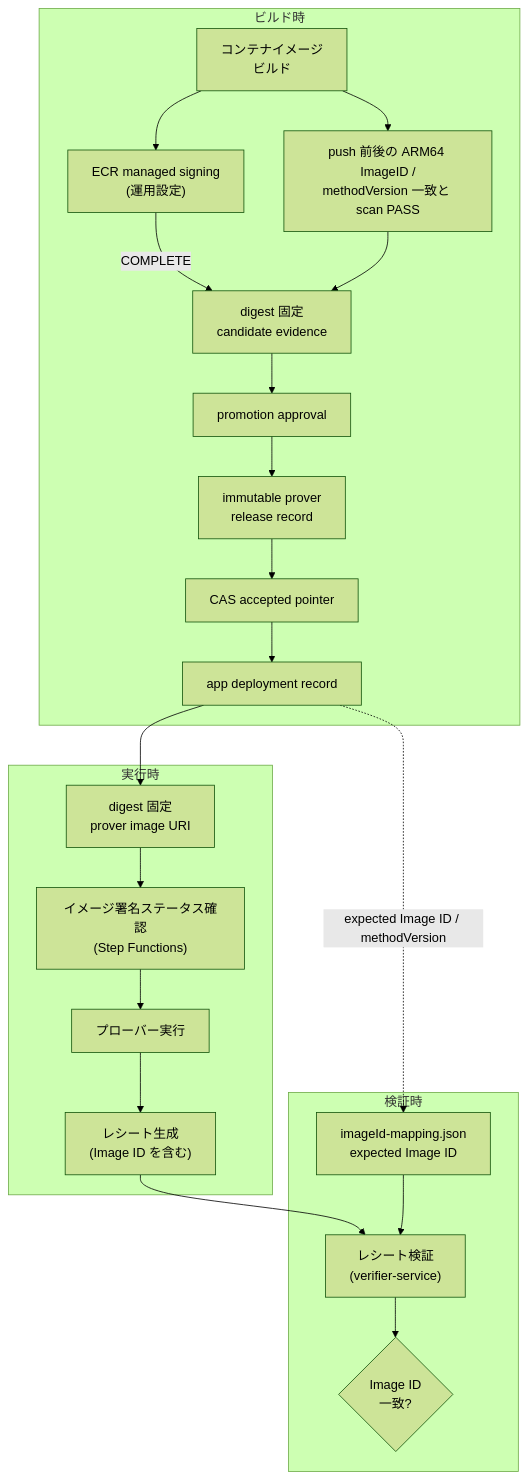
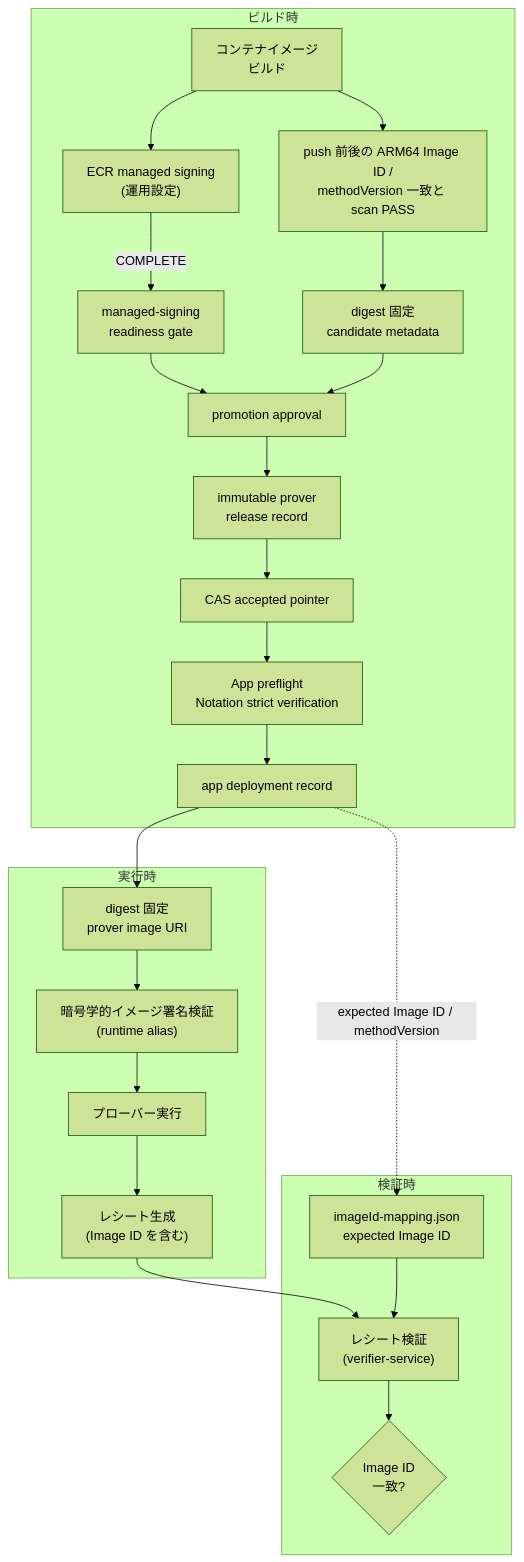
One commit to hwatanabe-jp/stark-ballot-simulator-public changed the second of 2 diagrams in public-book/src/aws/image-signing.md. Above: the diagram before and after it, drawn with Mermaid (forest theme). The commit also changed other lines of this file and 389 other files, not shown here.

````diff
--- a/public-book/src/aws/image-signing.md
+++ b/public-book/src/aws/image-signing.md
@@ -151,29 +156,31 @@
 ```mermaid
 flowchart TD
   subgraph "ビルド時"
     BUILD["コンテナイメージ<br/>ビルド"] --> SIGN["ECR managed signing<br/>(運用設定)"]
-    BUILD --> IMGID["push 前後の ARM64 ImageID /<br/>methodVersion 一致と scan PASS"]
-    SIGN -->|COMPLETE| EVID["digest 固定<br/>candidate evidence"]
-    IMGID --> EVID
-    EVID --> APR["promotion approval"]
+    BUILD --> IMGID["push 前後の ARM64 Image ID /<br/>methodVersion 一致と scan PASS"]
+    SIGN -->|COMPLETE| READY["managed-signing<br/>readiness gate"]
+    IMGID --> META["digest 固定<br/>candidate metadata"]
+    READY --> APR["promotion approval"]
+    META --> APR
     APR --> RECORD["immutable prover<br/>release record"]
     RECORD --> POINTER["CAS accepted pointer"]
-    POINTER --> DEPLOY["app deployment record"]
+    POINTER --> PREFLIGHT["App preflight<br/>Notation strict verification"]
+    PREFLIGHT --> DEPLOY["app deployment record"]
   end
 
   subgraph "実行時"
     URI["digest 固定<br/>prover image URI"] --> VERIFY_SIG
-    VERIFY_SIG["イメージ署名ステータス確認<br/>(Step Functions)"] --> RUN["プローバー実行"]
+    VERIFY_SIG["暗号学的イメージ署名検証<br/>(runtime alias)"] --> RUN["プローバー実行"]
     RUN --> RECEIPT["レシート生成<br/>(Image ID を含む)"]
   end
 
   subgraph "検証時"
     MAP["imageId-mapping.json<br/>expected Image ID"]
     RECEIPT --> VERIFY_RECEIPT["レシート検証<br/>(verifier-service)"]
     MAP --> VERIFY_RECEIPT
     VERIFY_RECEIPT --> MATCH{"Image ID<br/>一致?"}
   end
 
   DEPLOY --> URI
   DEPLOY -. "expected Image ID / methodVersion" .-> MAP
 ```
````
